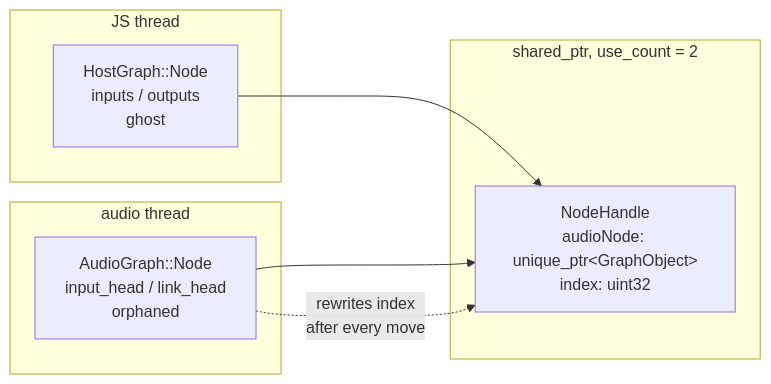
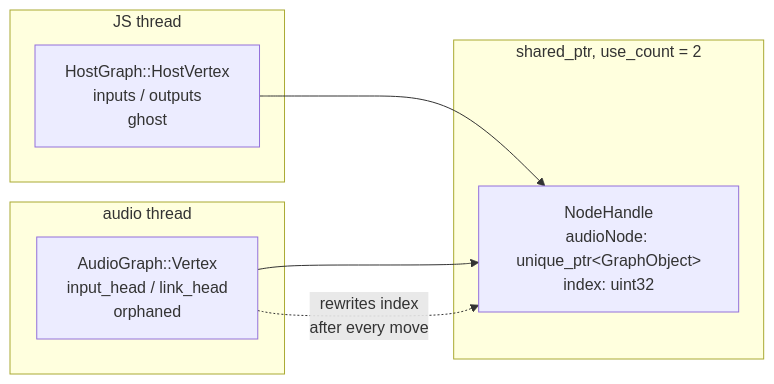
The first of 11 diagrams in packages/internaldocs/docs/graph/graph-implementation.mdx (software-mansion/react-native-audio-api), drawn with Mermaid before and after one commit. The commit also changed other lines of this file and 28 other files, not shown here.

Commit message:
refactor: audio graph comments and renames

````diff
--- a/packages/internaldocs/docs/graph/graph-implementation.mdx
+++ b/packages/internaldocs/docs/graph/graph-implementation.mdx
@@ -35,15 +35,15 @@
 ```mermaid
 flowchart LR
   subgraph JS["JS thread"]
-    HN["HostGraph::Node<br/>inputs / outputs<br/>ghost"]
+    HN["HostGraph::HostVertex<br/>inputs / outputs<br/>ghost"]
   end
   subgraph shared["shared_ptr, use_count = 2"]
     H["NodeHandle<br/>audioNode: unique_ptr&lt;GraphObject&gt;<br/>index: uint32"]
   end
   subgraph audio["audio thread"]
-    AN["AudioGraph::Node<br/>input_head / link_head<br/>orphaned"]
+    AN["AudioGraph::Vertex<br/>input_head / link_head<br/>orphaned"]
   end
   HN --> H
   AN --> H
   AN -. "rewrites index<br/>after every move" .-> H
 ```
````
